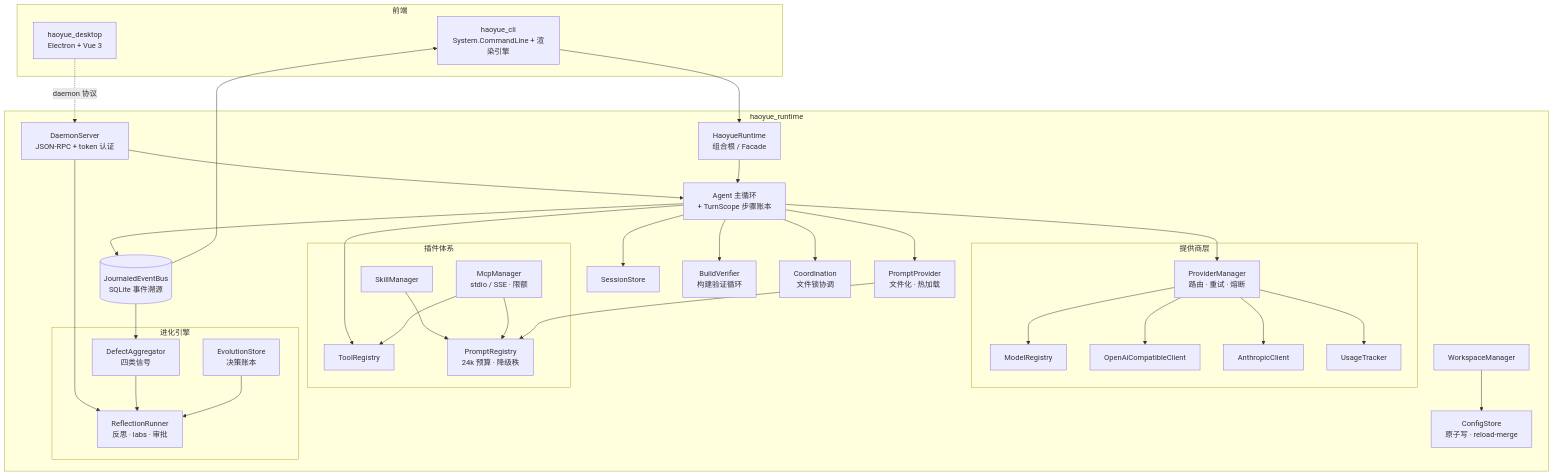
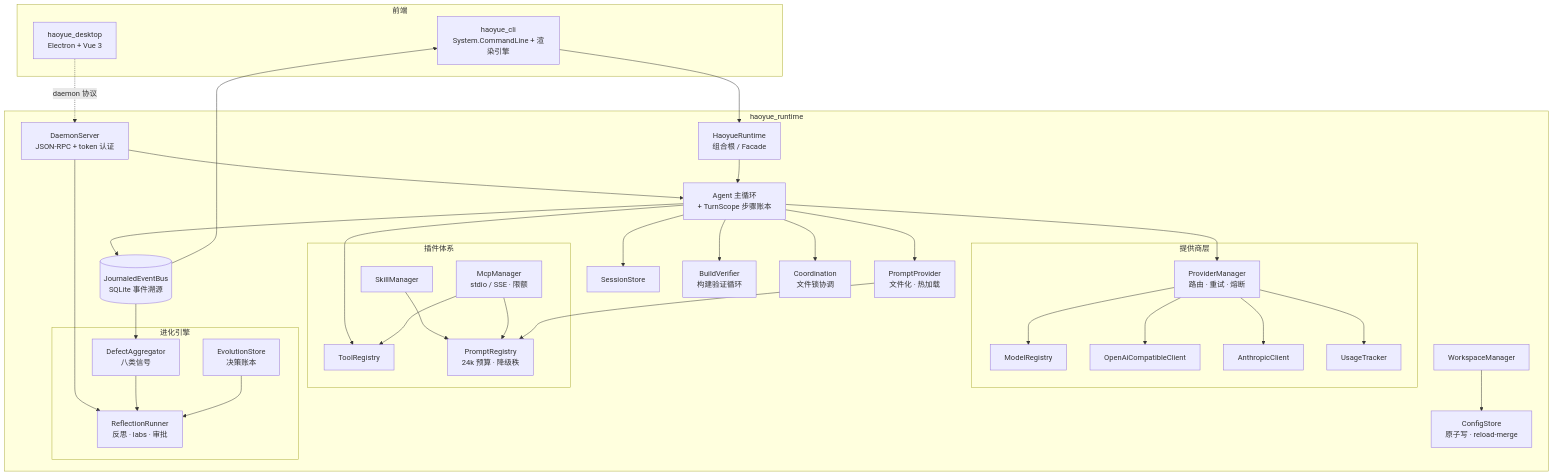
One commit to Laogaodhck/haoyue changed the second of 2 diagrams in README.md. Above: the diagram before and after it, drawn with Mermaid. The commit also changed other lines of this file and 8 other files, not shown here.

````diff
--- a/README.md
+++ b/README.md
@@ -194,64 +194,64 @@
 ```mermaid
 flowchart TD
     subgraph Frontends[前端]
         CLI[haoyue_cli<br/>System.CommandLine + 渲染引擎]
         DESKTOP[haoyue_desktop<br/>Electron + Vue 3]
     end
 
     subgraph Runtime[haoyue_runtime]
         Facade[HaoyueRuntime<br/>组合根 / Facade]
         Agent[Agent 主循环<br/>+ TurnScope 步骤账本]
         Bus[(JournaledEventBus<br/>SQLite 事件溯源)]
         subgraph Provider[提供商层]
             PM[ProviderManager<br/>路由 · 重试 · 熔断]
             MR[ModelRegistry]
             OAI[OpenAiCompatibleClient]
             ANT[AnthropicClient]
             UT[UsageTracker]
         end
         subgraph Plugins[插件体系]
             TR[ToolRegistry]
             PR[PromptRegistry<br/>24k 预算 · 降级秩]
             SK[SkillManager]
             MCP[McpManager<br/>stdio / SSE · 限额]
         end
         subgraph Evolution[进化引擎]
-            DA[DefectAggregator<br/>四类信号]
+            DA[DefectAggregator<br/>八类信号]
             ES[EvolutionStore<br/>决策账本]
             RR[ReflectionRunner<br/>反思 · labs · 审批]
         end
         PP[PromptProvider<br/>文件化 · 热加载]
         WS[WorkspaceManager]
         SS[SessionStore]
         VF[BuildVerifier<br/>构建验证循环]
         CO[Coordination<br/>文件锁协调]
         CFG[ConfigStore<br/>原子写 · reload-merge]
         DMN[DaemonServer<br/>JSON-RPC + token 认证]
     end
 
     CLI --> Facade
     DESKTOP -. daemon 协议 .-> DMN
     DMN --> Agent
     DMN --> RR
     Facade --> Agent
     Agent --> PM
     Agent --> TR
     Agent --> VF
     Agent --> SS
     Agent --> Bus
     Agent --> CO
     PM --> MR
     PM --> OAI
     PM --> ANT
     PM --> UT
     SK --> PR
     MCP --> TR
     MCP --> PR
     Agent --> PP
     PP --> PR
     Bus --> DA
     DA --> RR
     ES --> RR
     WS --> CFG
     Bus --> CLI
 ```
````
